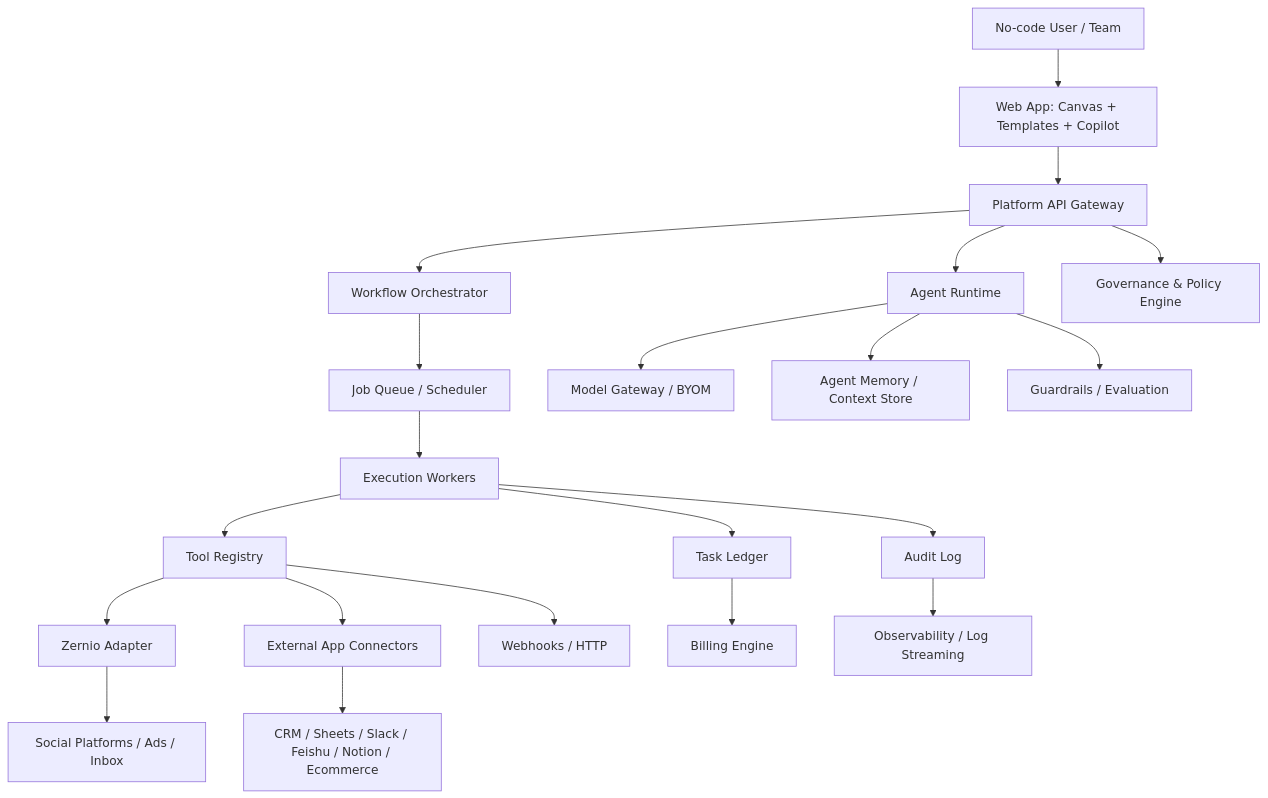
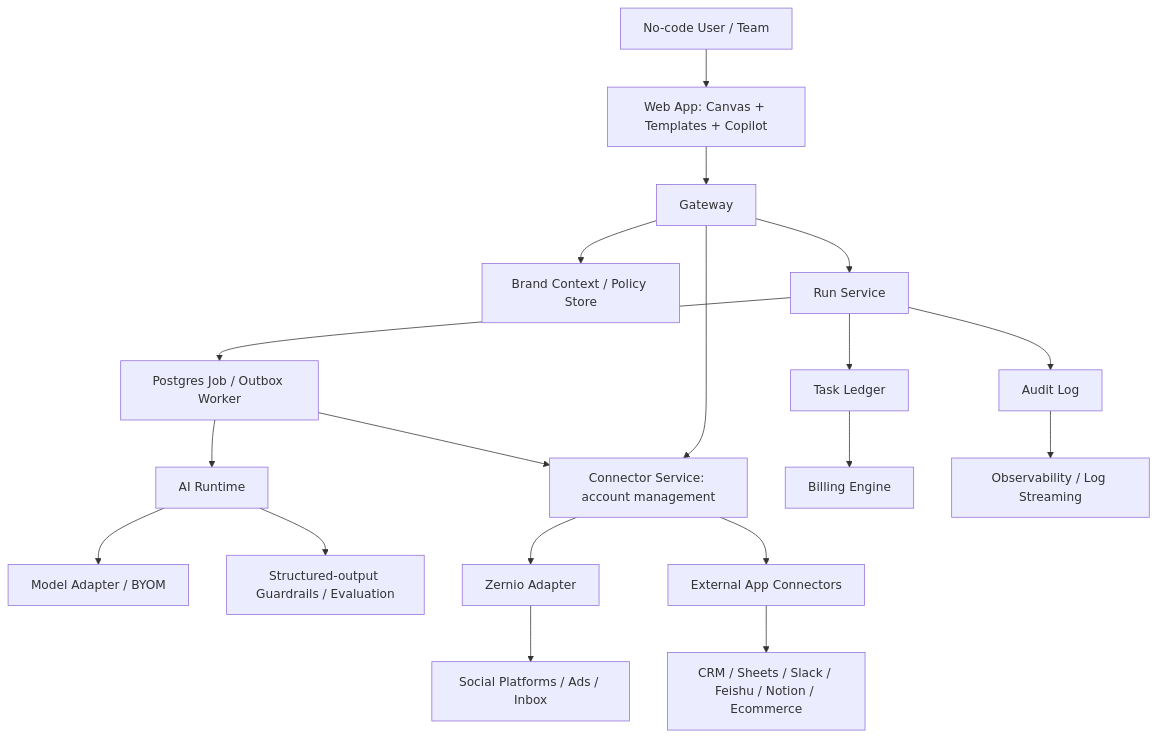
The first of 2 diagrams in 2026-07-01-zernio-zapier-agent-platform-design.md (0xKnight008/ai_marketing_workbuddy_agent), drawn with Mermaid before and after one commit. The commit also changed other lines of this file and 1 other file, not shown here.

Commit message:
docs: define MVP product and service contracts

````diff
--- a/2026-07-01-zernio-zapier-agent-platform-design.md
+++ b/2026-07-01-zernio-zapier-agent-platform-design.md
@@ -167,27 +192,24 @@
 ```mermaid
 flowchart TD
   U[No-code User / Team] --> UX[Web App: Canvas + Templates + Copilot]
-  UX --> API[Platform API Gateway]
-  API --> WF[Workflow Orchestrator]
-  API --> AG[Agent Runtime]
-  API --> GOV[Governance & Policy Engine]
+  UX --> GW[Gateway]
+  GW --> MEM[Brand Context / Policy Store]
+  GW --> RS[Run Service]
+  GW --> CONN[Connector Service: account management]
 
-  WF --> Q[Job Queue / Scheduler]
-  Q --> EX[Execution Workers]
-  EX --> TOOL[Tool Registry]
-  TOOL --> Z[Zernio Adapter]
-  TOOL --> APPS[External App Connectors]
-  TOOL --> WEB[Webhooks / HTTP]
+  RS --> Q[Postgres Job / Outbox Worker]
+  Q --> AIR[AI Runtime]
+  Q --> CONN
+  AIR --> LLM[Model Adapter / BYOM]
+  AIR --> GUARD[Structured-output Guardrails / Evaluation]
 
-  AG --> LLM[Model Gateway / BYOM]
-  AG --> MEM[Agent Memory / Context Store]
-  AG --> GUARD[Guardrails / Evaluation]
-
+  CONN --> Z[Zernio Adapter]
+  CONN --> APPS[External App Connectors]
   Z --> SOCIAL[Social Platforms / Ads / Inbox]
   APPS --> SAAS[CRM / Sheets / Slack / Feishu / Notion / Ecommerce]
 
-  EX --> LEDGER[Task Ledger]
-  EX --> AUDIT[Audit Log]
+  RS --> LEDGER[Task Ledger]
+  RS --> AUDIT[Audit Log]
   LEDGER --> BILL[Billing Engine]
   AUDIT --> OBS[Observability / Log Streaming]
 ```
````
